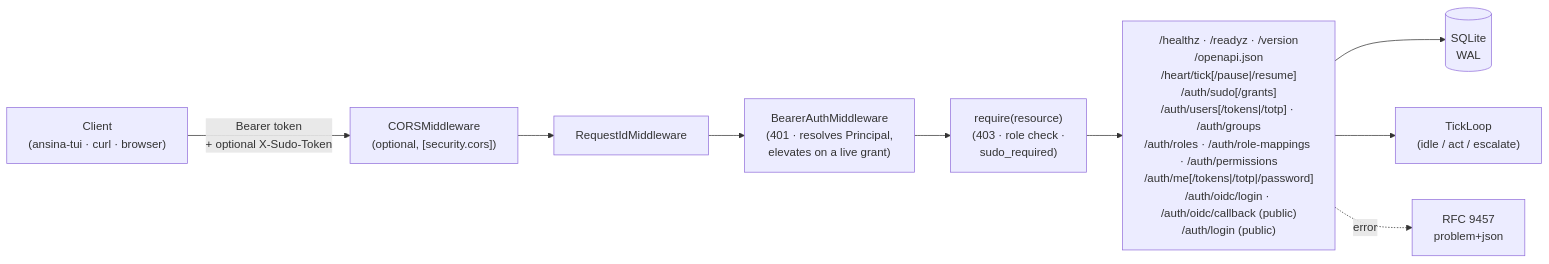
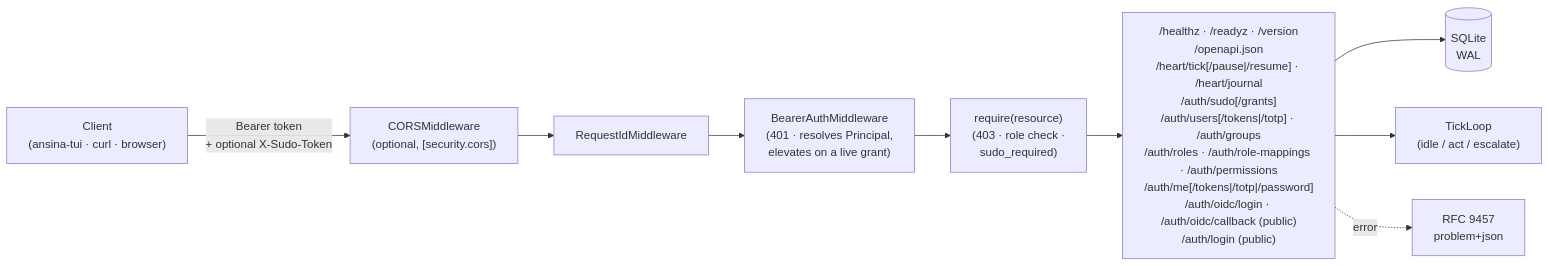
The first of 2 diagrams in README.md (giacchetta/ansina), drawn with Mermaid before and after one commit. The commit also changed other lines of this file and 71 other files, not shown here.

````diff
--- a/README.md
+++ b/README.md
@@ -9,11 +9,11 @@
 ```mermaid
 flowchart LR
     Client["Client<br/>(ansina-tui · curl · browser)"] -->|Bearer token<br/>+ optional X-Sudo-Token| CORS["CORSMiddleware<br/>(optional, [security.cors])"]
     CORS --> MW["RequestIdMiddleware"]
     MW --> Auth["BearerAuthMiddleware<br/>(401 · resolves Principal,<br/>elevates on a live grant)"]
     Auth --> Authz["require(resource)<br/>(403 · role check ·<br/>sudo_required)"]
-    Authz --> Routes["/healthz · /readyz · /version<br/>/openapi.json<br/>/heart/tick[/pause|/resume]<br/>/auth/sudo[/grants]<br/>/auth/users[/tokens|/totp] · /auth/groups<br/>/auth/roles · /auth/role-mappings · /auth/permissions<br/>/auth/me[/tokens|/totp|/password]<br/>/auth/oidc/login · /auth/oidc/callback (public)<br/>/auth/login (public)"]
+    Authz --> Routes["/healthz · /readyz · /version<br/>/openapi.json<br/>/heart/tick[/pause|/resume] · /heart/journal<br/>/auth/sudo[/grants]<br/>/auth/users[/tokens|/totp] · /auth/groups<br/>/auth/roles · /auth/role-mappings · /auth/permissions<br/>/auth/me[/tokens|/totp|/password]<br/>/auth/oidc/login · /auth/oidc/callback (public)<br/>/auth/login (public)"]
     Routes --> DB[("SQLite<br/>WAL")]
     Routes --> Tick["TickLoop<br/>(idle / act / escalate)"]
     Routes -.error.-> Problem["RFC 9457<br/>problem+json"]
 ```
````
